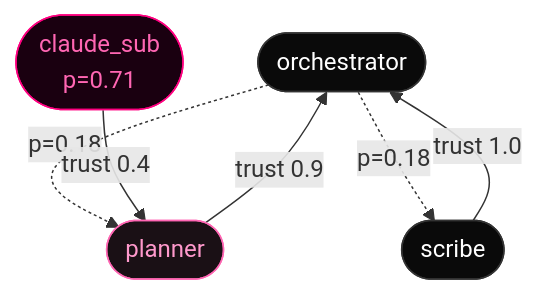
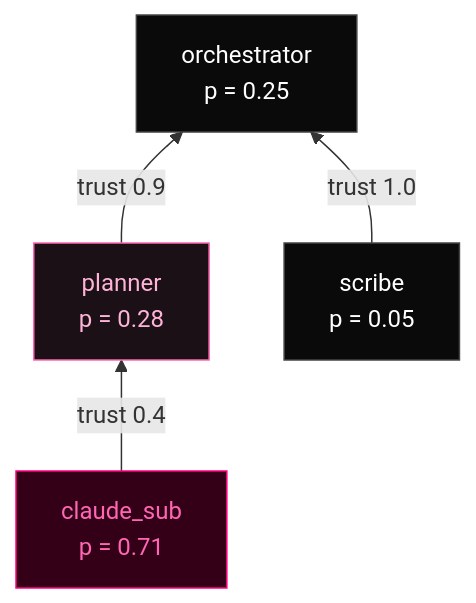
Before and after one commit to tr00x/SOMA-Core: the second of 2 diagrams in README.md, drawn with Mermaid.

Commit message:
docs(readme): redraw trust-graph mermaid — labels were overlapping
Old version rendered labels on top of each other: pressure on edges, trust
on edges, and pressure inside nodes collided in the layout. New version
keeps pressure values inside nodes only, edges carry trust weight only,
and BT direction makes the arrows physically flow upward like the pressure
they represent.

````diff
--- a/README.md
+++ b/README.md
@@ -124,17 +124,13 @@
 ```mermaid
-flowchart TB
-    O([orchestrator]) -.->|p=0.18| Plan
-    O -.->|p=0.18| Scribe
-    Plan([planner])
-    Scribe([scribe])
-    Plan -->|trust 0.9| O
-    Scribe -->|trust 1.0| O
-    Sub([claude_sub<br/>p=0.71]) -->|trust 0.4| Plan
+flowchart BT
+    Sub["claude_sub<br/>p = 0.71"] -->|trust 0.4| Plan["planner<br/>p = 0.28"]
+    Plan -->|trust 0.9| Orch["orchestrator<br/>p = 0.25"]
+    Scribe["scribe<br/>p = 0.05"] -->|trust 1.0| Orch
 
-    classDef calm fill:#0a0a0a,stroke:#333,color:#fff
-    classDef warm fill:#1a1015,stroke:#ff66b3,color:#ff99cc
-    classDef hot  fill:#1a0010,stroke:#ff0080,color:#ff66b3
-    class O,Scribe calm
+    classDef calm fill:#0a0a0a,stroke:#444,color:#fff
+    classDef warm fill:#1a1015,stroke:#ff66b3,color:#ffb3d9
+    classDef hot  fill:#330018,stroke:#ff0080,color:#ff66b3
+    class Sub hot
     class Plan warm
-    class Sub hot
+    class Orch,Scribe calm
 ```
````
